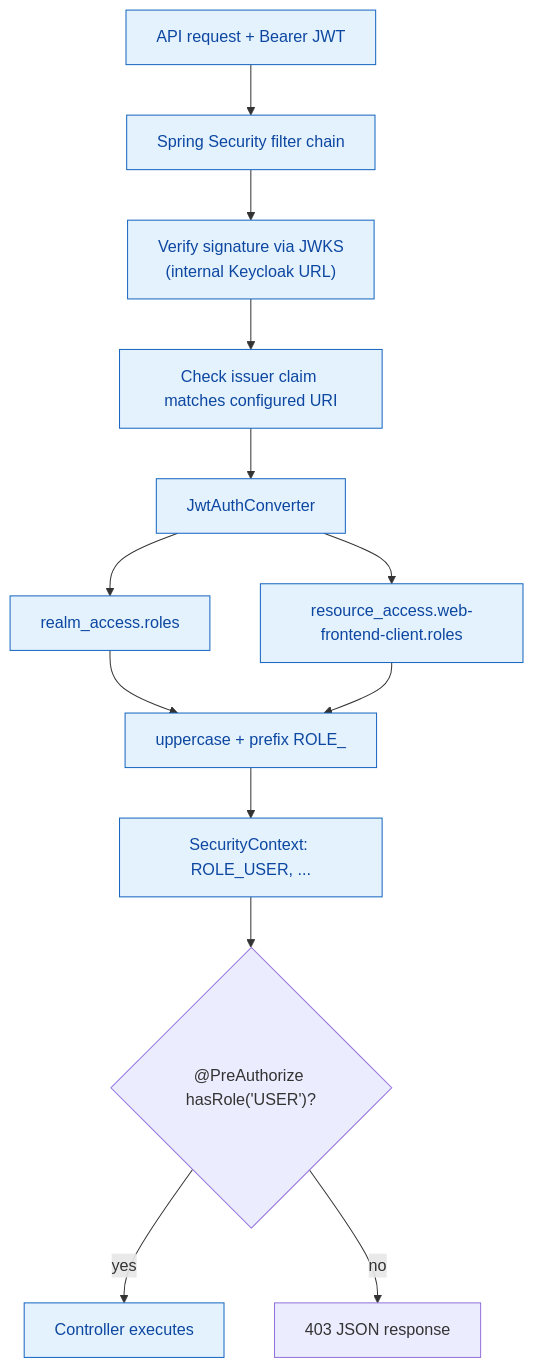
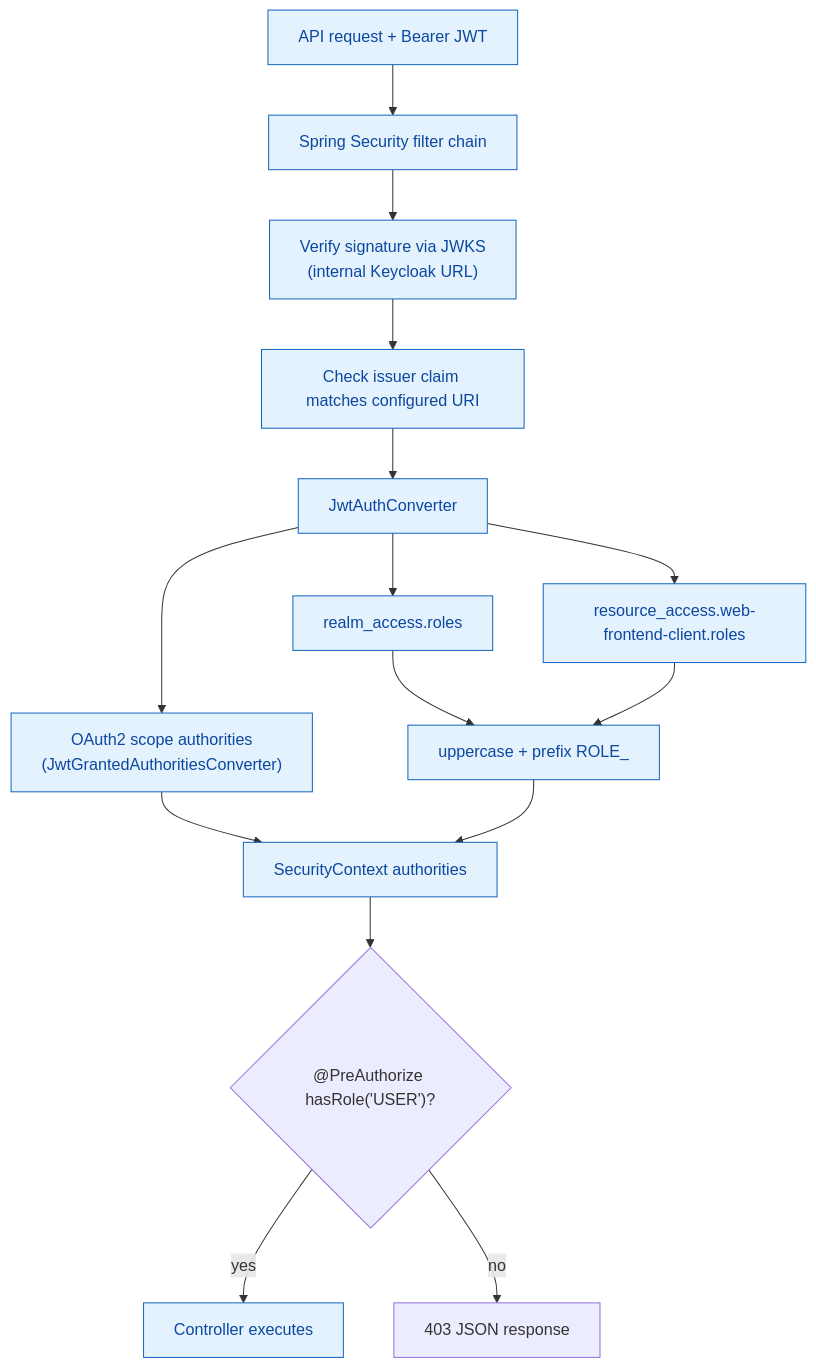
One commit to mohamad4444/cloud-native-purchase-system changed the fourth of 13 diagrams in docs/_drafts/thesis-concepts.md. Above: the diagram before and after it, drawn with Mermaid. The commit also changed other lines of this file and 5 other files, not shown here.

Commit message:
docs: correct diagram inaccuracies found in source-code review

````diff
--- a/docs/_drafts/thesis-concepts.md
+++ b/docs/_drafts/thesis-concepts.md
@@ -86,17 +90,19 @@
 ```mermaid
 flowchart TB
   REQ["API request + Bearer JWT"] --> SF["Spring Security filter chain"]
   SF --> VERIFY["Verify signature via JWKS<br/>(internal Keycloak URL)"]
   VERIFY --> ISS["Check issuer claim matches configured URI"]
   ISS --> CONV["JwtAuthConverter"]
+  CONV --> SCP["OAuth2 scope authorities<br/>(JwtGrantedAuthoritiesConverter)"]
   CONV --> R1["realm_access.roles"]
   CONV --> R2["resource_access.web-frontend-client.roles"]
   R1 --> MAP["uppercase + prefix ROLE_"]
   R2 --> MAP
-  MAP --> CTX["SecurityContext: ROLE_USER, ..."]
+  SCP --> CTX["SecurityContext authorities"]
+  MAP --> CTX
   CTX --> AUTHZ{"@PreAuthorize hasRole('USER')?"}
   AUTHZ -->|yes| OK["Controller executes"]
   AUTHZ -->|no| DENY["403 JSON response"]
   classDef flow fill:#e3f2fd,stroke:#1565c0,color:#0d47a1;
-  class REQ,SF,VERIFY,ISS,CONV,R1,R2,MAP,CTX,OK flow;
+  class REQ,SF,VERIFY,ISS,CONV,SCP,R1,R2,MAP,CTX,OK flow;
 ```
````
